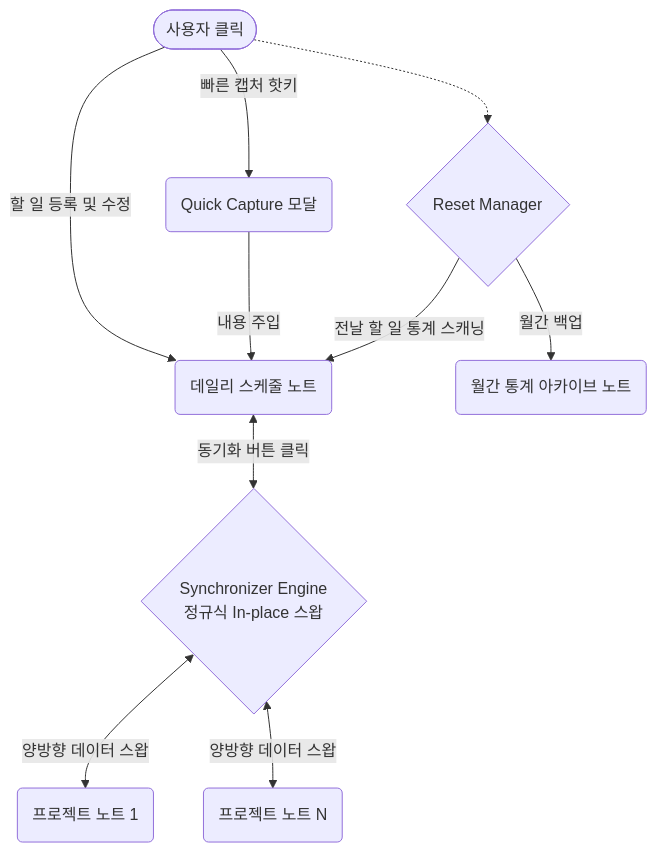
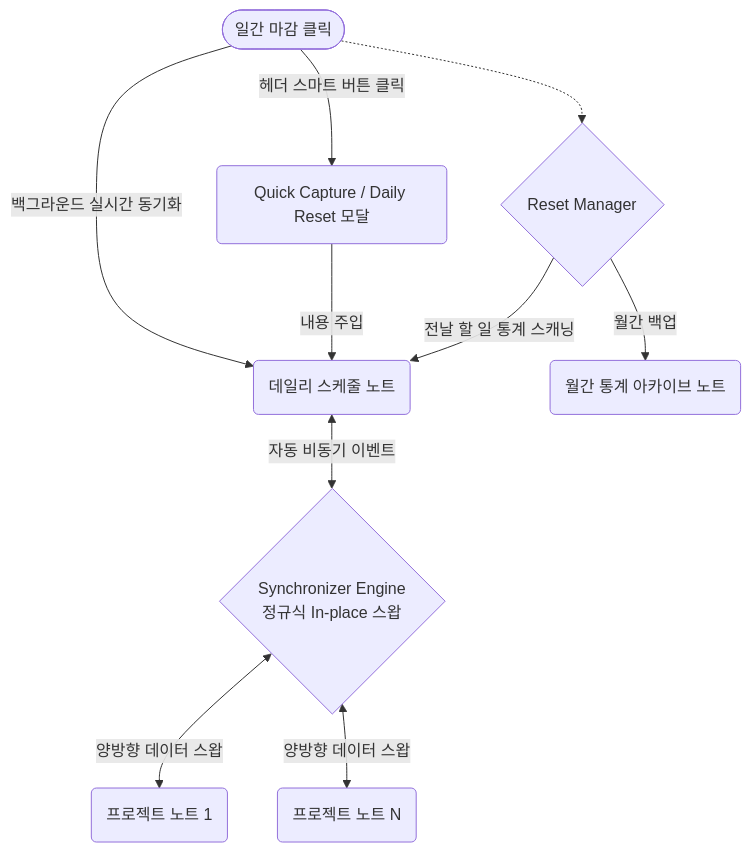
The diagram in Readme_portfolio.md (KJH-Portfolio/202604-obsidian-task-manager), drawn with Mermaid before and after one commit. The commit also changed other lines of this file and 17 other files, not shown here.

````diff
--- a/Readme_portfolio.md
+++ b/Readme_portfolio.md
@@ -70,15 +70,15 @@
 ```mermaid
 flowchart TD
-    User([사용자]) --> |할 일 등록 및 수정| DailyNote(데일리 스케줄 노트)
-    User --> |빠른 캡처 핫키| Modal(Quick Capture 모달)
+    User([사용자]) --> |백그라운드 실시간 동기화| DailyNote(데일리 스케줄 노트)
+    User --> |헤더 스마트 버튼 클릭| Modal(Quick Capture / Daily Reset 모달)
     Modal --> |내용 주입| DailyNote
     
-    DailyNote <--> |동기화 버튼 클릭| Synchronizer{Synchronizer Engine<br>정규식 In-place 스왑}
+    DailyNote <--> |자동 비동기 이벤트| Synchronizer{Synchronizer Engine<br>정규식 In-place 스왑}
     
     Synchronizer <--> |양방향 데이터 스왑| ProjectNote(프로젝트 노트 1)
     Synchronizer <--> |양방향 데이터 스왑| ProjectNoteN(프로젝트 노트 N)
     
-    User([사용자 클릭]) -.-> ResetManager{Reset Manager}
+    User([일간 마감 클릭]) -.-> ResetManager{Reset Manager}
     ResetManager --> |전날 할 일 통계 스캐닝| DailyNote
     ResetManager --> |월간 백업| Archive(월간 통계 아카이브 노트)
 ```
````
